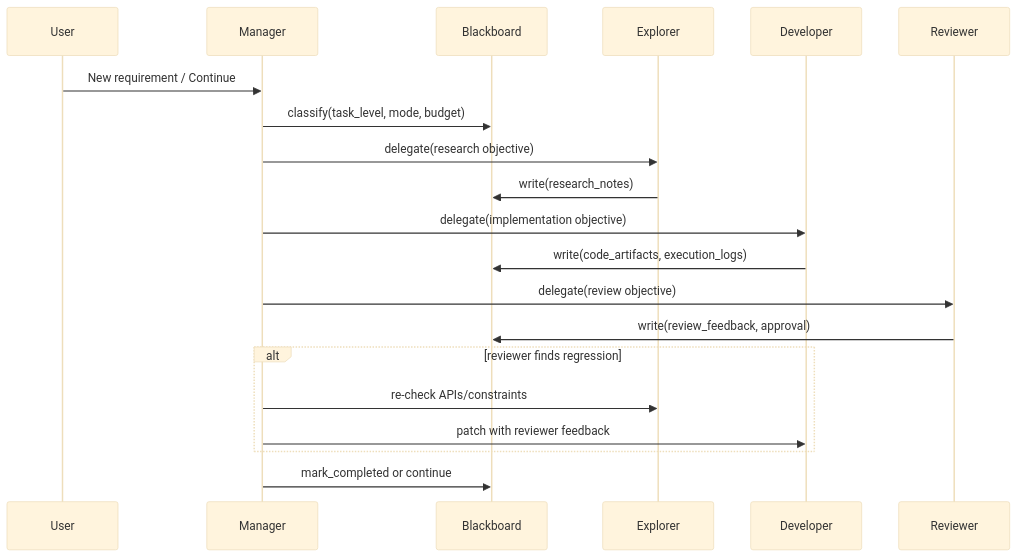
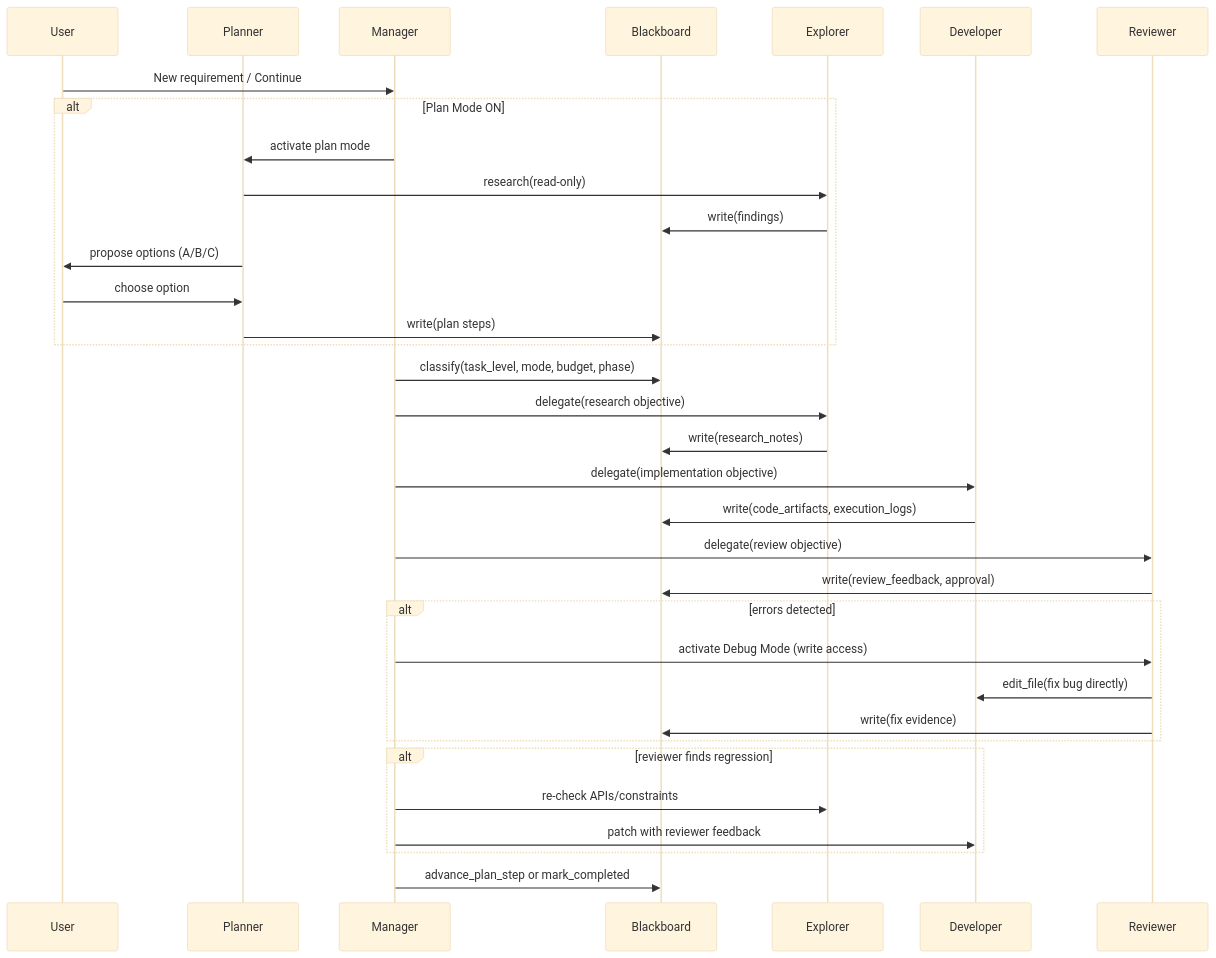
Before and after one commit to FonaTech/Clouds-Coder: the fifth of 7 diagrams in README.md, drawn with Mermaid (base theme). The commit also changed other lines of this file and 3 other files, not shown here.

````diff
--- a/README.md
+++ b/README.md
@@ -313,23 +352,37 @@
 ```mermaid
 sequenceDiagram
   participant U as User
+  participant P as Planner
   participant M as Manager
   participant B as Blackboard
   participant E as Explorer
   participant D as Developer
   participant R as Reviewer
 
   U->>M: New requirement / Continue
-  M->>B: classify(task_level, mode, budget)
+  alt Plan Mode ON
+    M->>P: activate plan mode
+    P->>E: research(read-only)
+    E->>B: write(findings)
+    P->>U: propose options (A/B/C)
+    U->>P: choose option
+    P->>B: write(plan steps)
+  end
+  M->>B: classify(task_level, mode, budget, phase)
   M->>E: delegate(research objective)
   E->>B: write(research_notes)
   M->>D: delegate(implementation objective)
   D->>B: write(code_artifacts, execution_logs)
   M->>R: delegate(review objective)
   R->>B: write(review_feedback, approval)
+  alt errors detected
+    M->>R: activate Debug Mode (write access)
+    R->>D: edit_file(fix bug directly)
+    R->>B: write(fix evidence)
+  end
   alt reviewer finds regression
     M->>E: re-check APIs/constraints
     M->>D: patch with reviewer feedback
   end
-  M->>B: mark_completed or continue
+  M->>B: advance_plan_step or mark_completed
 ```
````
